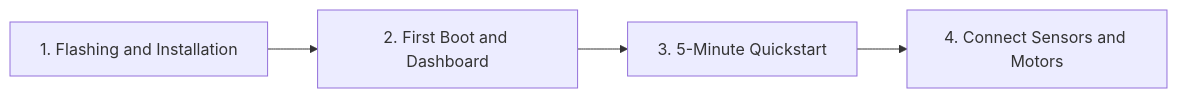
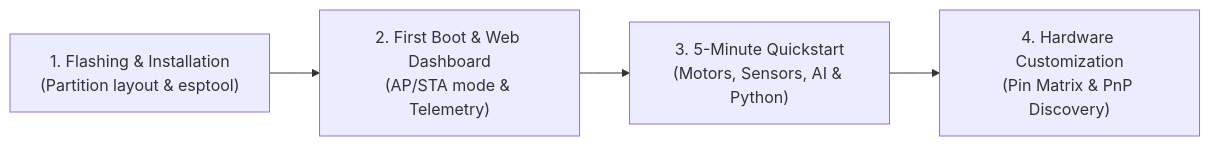
Before and after one commit to tamimystic/tamimystic-os: the second of 2 diagrams in docs/getting-started/index.md, drawn with Mermaid. The commit also changed other lines of this file and 23 other files, not shown here.

````diff
--- a/docs/getting-started/index.md
+++ b/docs/getting-started/index.md
@@ -27,6 +123,6 @@
 ```mermaid
 graph LR
-    A["1. Flashing and Installation"] --> B["2. First Boot and Dashboard"]
-    B --> C["3. 5-Minute Quickstart"]
-    C --> D["4. Connect Sensors and Motors"]
+    Step1["1. Flashing & Installation<br/>(Partition layout & esptool)"] --> Step2["2. First Boot & Web Dashboard<br/>(AP/STA mode & Telemetry)"]
+    Step2 --> Step3["3. 5-Minute Quickstart<br/>(Motors, Sensors, AI & Python)"]
+    Step3 --> Step4["4. Hardware Customization<br/>(Pin Matrix & PnP Discovery)"]
 ```
````
